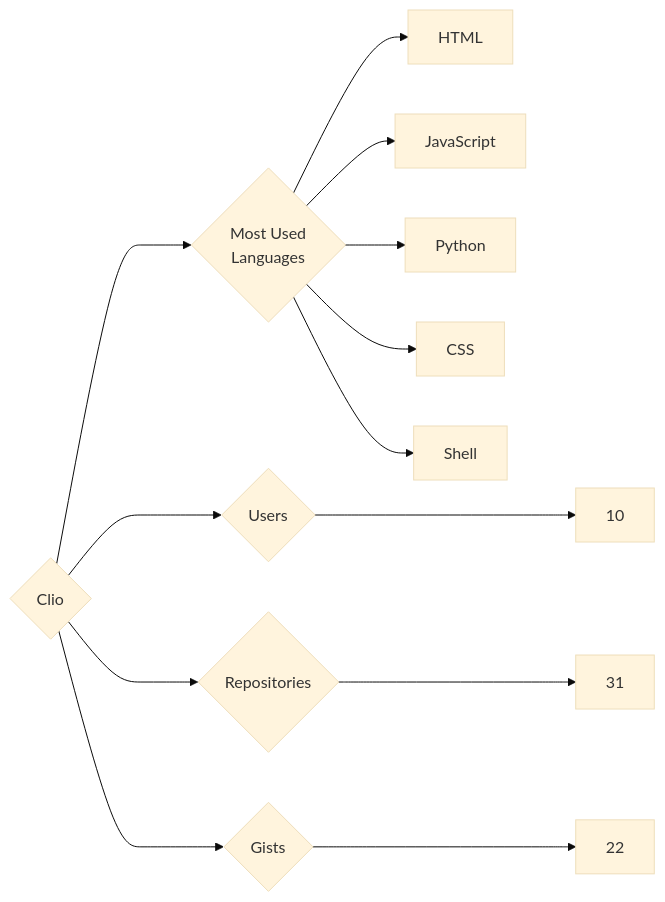
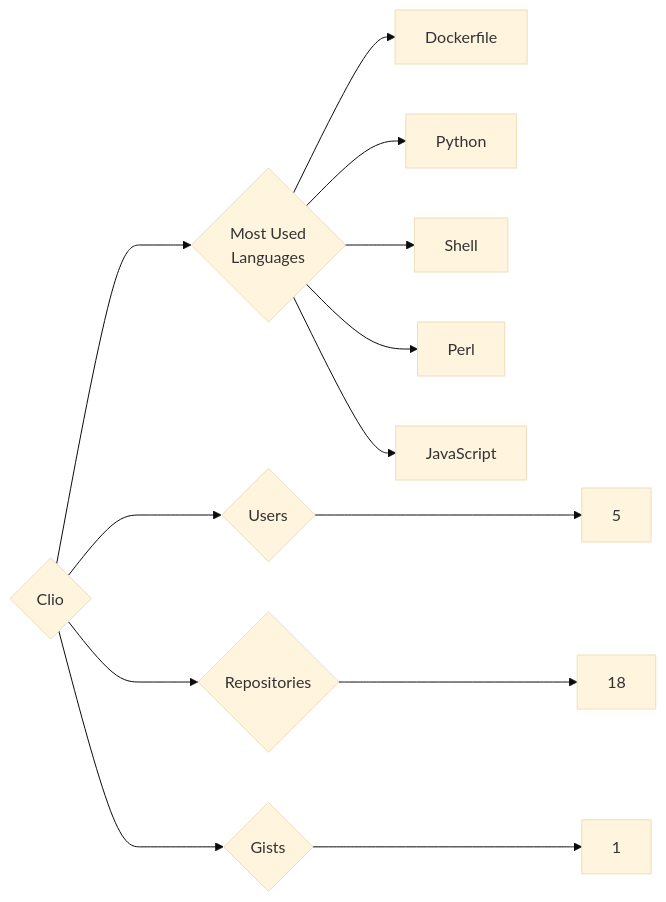
One commit to trickest/insiders changed the diagram in targets/Clio/README.md. Above: the diagram before and after it, drawn with Mermaid (base theme). The commit also changed 1170 other files, not shown here.

````diff
--- a/targets/Clio/README.md
+++ b/targets/Clio/README.md
@@ -3,13 +3,13 @@
 ```mermaid
 graph LR
 COMPANY_NAME{Clio}
-COMPANY_NAME ---> U{Users} ---> UN[10]
-COMPANY_NAME ---> R{Repositories} ---> RN[31]
-COMPANY_NAME ---> G{Gists} ---> GN[22]
+COMPANY_NAME ---> U{Users} ---> UN[5]
+COMPANY_NAME ---> R{Repositories} ---> RN[18]
+COMPANY_NAME ---> G{Gists} ---> GN[1]
 COMPANY_NAME ---> ML{Most Used<br>Languages}
-ML --> HTML[HTML]
+ML --> Dockerfile[Dockerfile]
+ML --> Python[Python]
+ML --> Shell[Shell]
+ML --> Perl[Perl]
 ML --> JavaScript[JavaScript]
-ML --> Python[Python]
-ML --> CSS[CSS]
-ML --> Shell[Shell]
 ```
````
